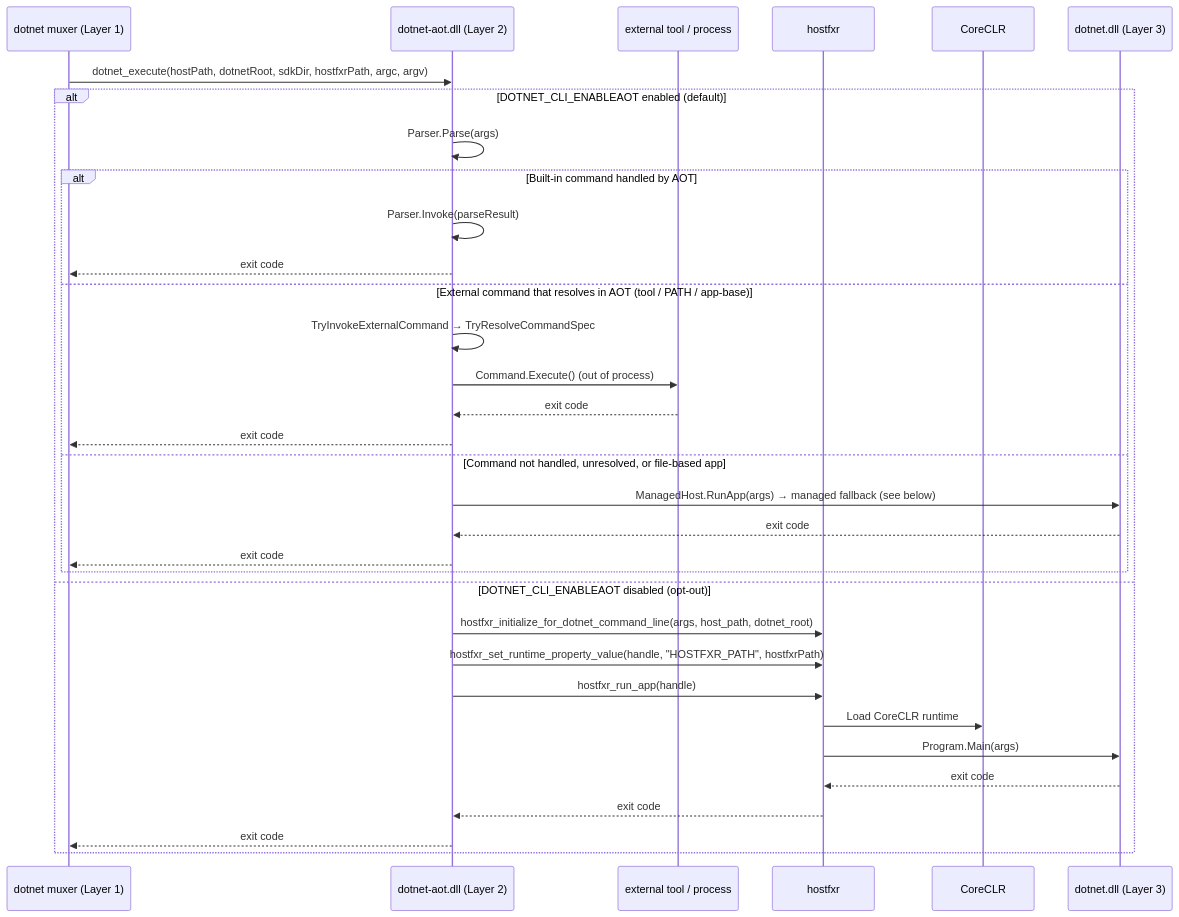
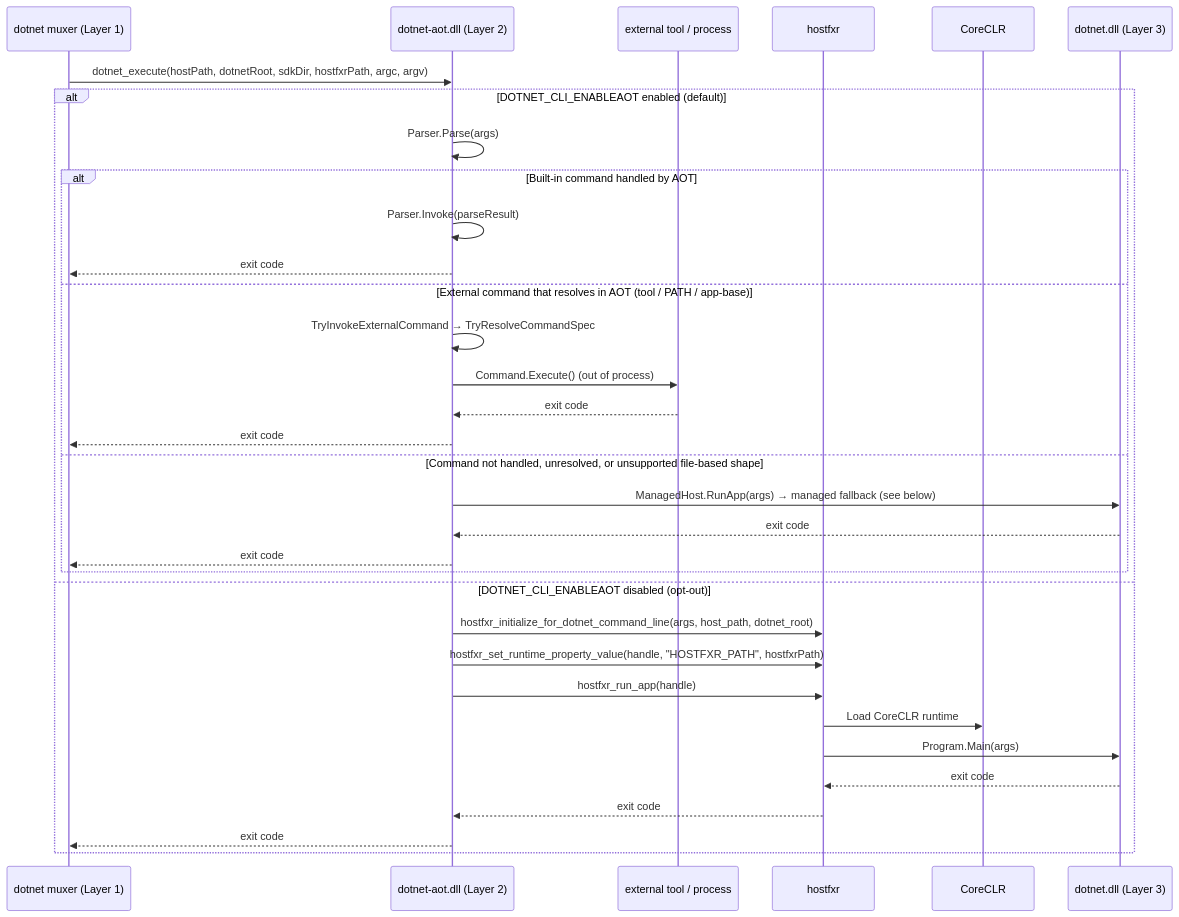
One commit to dotnet/sdk changed the second of 6 diagrams in src/Cli/dotnet-aot/DESIGN.md. Above: the diagram before and after it, drawn with Mermaid. The commit also changed other lines of this file and 42 other files, not shown here.

````diff
--- a/src/Cli/dotnet-aot/DESIGN.md
+++ b/src/Cli/dotnet-aot/DESIGN.md
@@ -168,37 +189,37 @@
 ```mermaid
 sequenceDiagram
     participant dn as dotnet muxer (Layer 1)
     participant aot as dotnet-aot.dll (Layer 2)
     participant tool as external tool / process
     participant hfxr as hostfxr
     participant clr as CoreCLR
     participant cli as dotnet.dll (Layer 3)
 
     dn->>aot: dotnet_execute(hostPath, dotnetRoot, sdkDir, hostfxrPath, argc, argv)
 
     alt DOTNET_CLI_ENABLEAOT enabled (default)
         aot->>aot: Parser.Parse(args)
         alt Built-in command handled by AOT
             aot->>aot: Parser.Invoke(parseResult)
             aot-->>dn: exit code
         else External command that resolves in AOT (tool / PATH / app-base)
             aot->>aot: TryInvokeExternalCommand → TryResolveCommandSpec
             aot->>tool: Command.Execute() (out of process)
             tool-->>aot: exit code
             aot-->>dn: exit code
-        else Command not handled, unresolved, or file-based app
+        else Command not handled, unresolved, or unsupported file-based shape
             aot->>cli: ManagedHost.RunApp(args) → managed fallback (see below)
             cli-->>aot: exit code
             aot-->>dn: exit code
         end
     else DOTNET_CLI_ENABLEAOT disabled (opt-out)
         aot->>hfxr: hostfxr_initialize_for_dotnet_command_line(args, host_path, dotnet_root)
         aot->>hfxr: hostfxr_set_runtime_property_value(handle, "HOSTFXR_PATH", hostfxrPath)
         aot->>hfxr: hostfxr_run_app(handle)
         hfxr->>clr: Load CoreCLR runtime
         hfxr->>cli: Program.Main(args)
         cli-->>hfxr: exit code
         hfxr-->>aot: exit code
         aot-->>dn: exit code
     end
 ```
````
